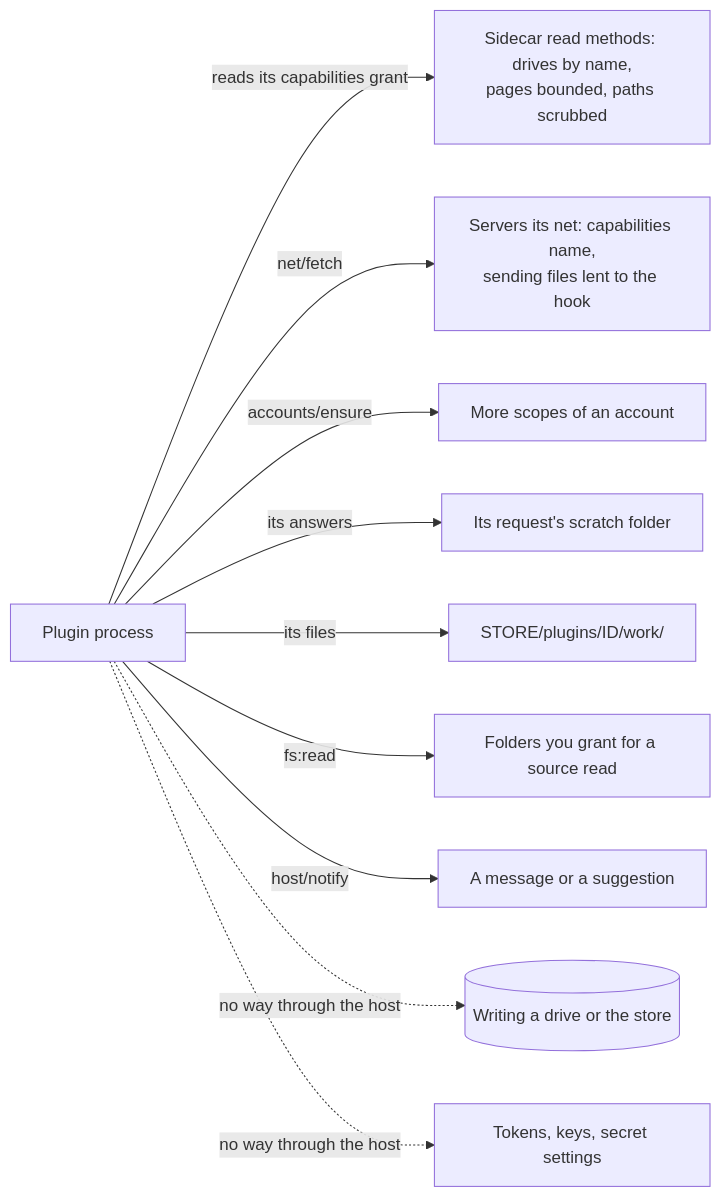
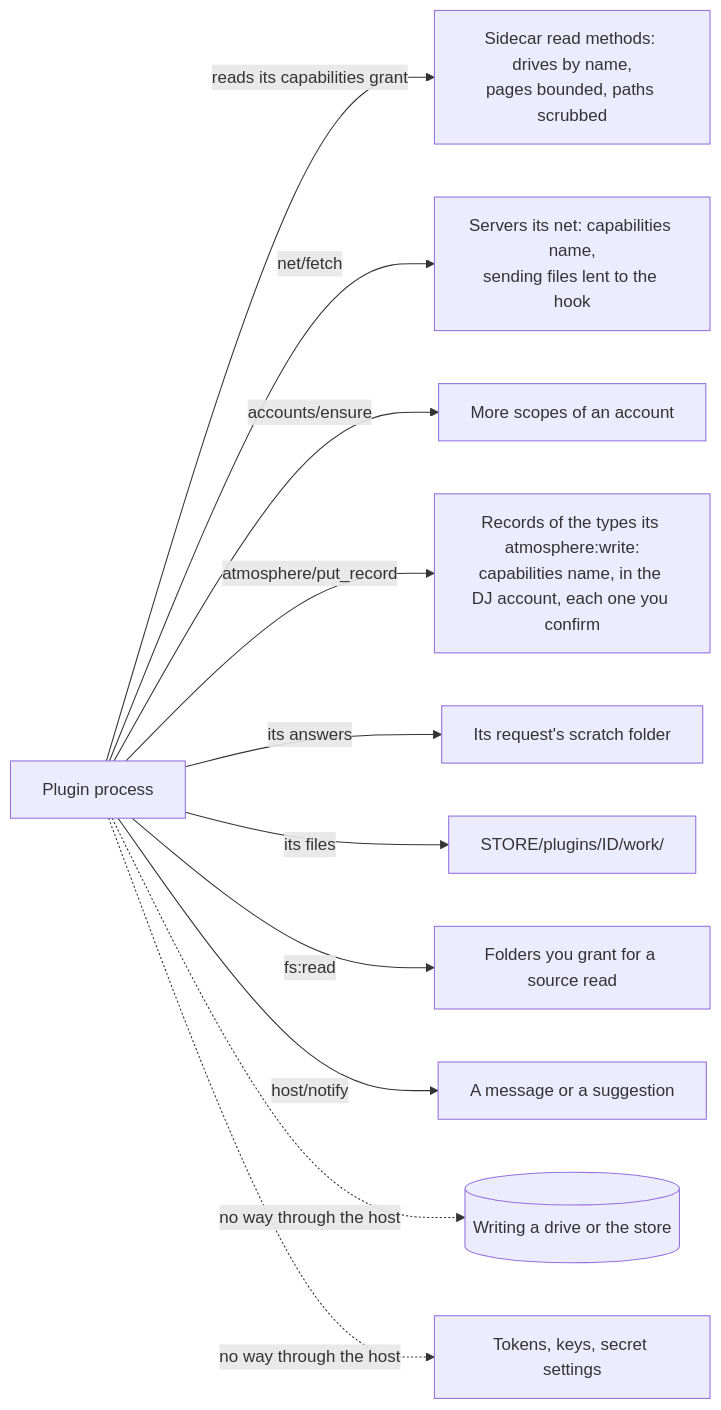
Before and after one commit to cutenode/localnetwork: the eighth of 17 diagrams in apps/locallibrary/docs/diagrams/plugins.md, drawn with Mermaid. The commit also changed other lines of this file and 37 other files, not shown here.

First line of the commit message:
feat(plugins): let plugins write atmosphere records the user confirms

````diff
--- a/apps/locallibrary/docs/diagrams/plugins.md
+++ b/apps/locallibrary/docs/diagrams/plugins.md
@@ -182,12 +182,13 @@
 ```mermaid
 flowchart LR
     plugin["Plugin process"] -->|"reads its capabilities grant"| reads["Sidecar read methods: drives by name,<br/>pages bounded, paths scrubbed"]
     plugin -->|"net/fetch"| net["Servers its net: capabilities name,<br/>sending files lent to the hook"]
     plugin -->|"accounts/ensure"| ensure["More scopes of an account"]
+    plugin -->|"atmosphere/put_record"| record["Records of the types its atmosphere:write:<br/>capabilities name, in the DJ account, each one you confirm"]
     plugin -->|"its answers"| scratch["Its request's scratch folder"]
     plugin -->|"its files"| work["STORE/plugins/ID/work/"]
     plugin -->|"fs:read"| folders["Folders you grant for a source read"]
     plugin -->|"host/notify"| notify["A message or a suggestion"]
     plugin -.->|"no way through the host"| drive[("Writing a drive or the store")]
     plugin -.->|"no way through the host"| tokens["Tokens, keys, secret settings"]
 ```
````
